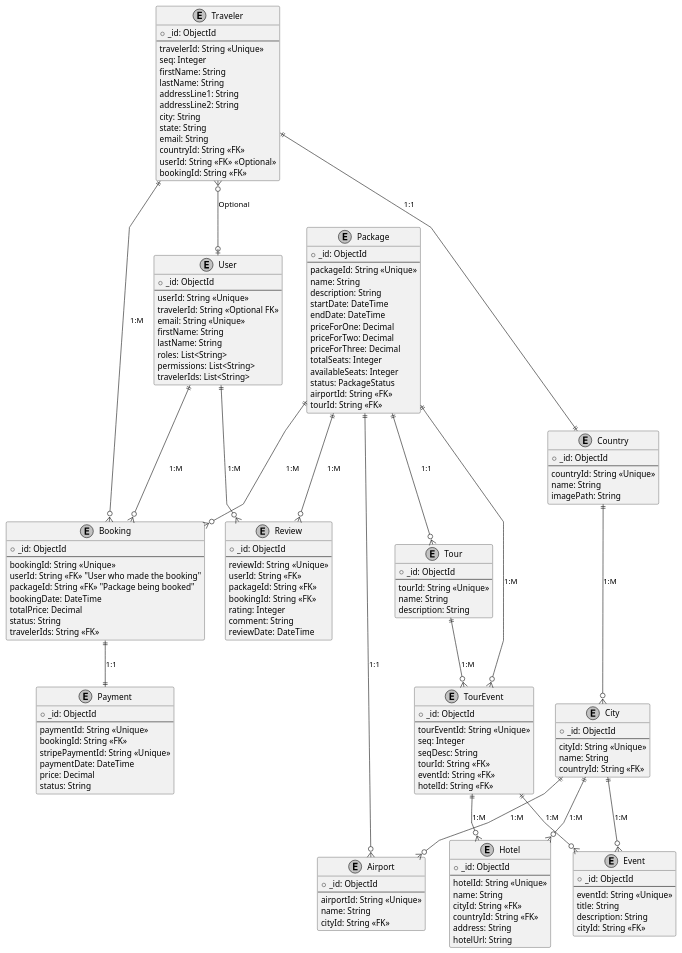
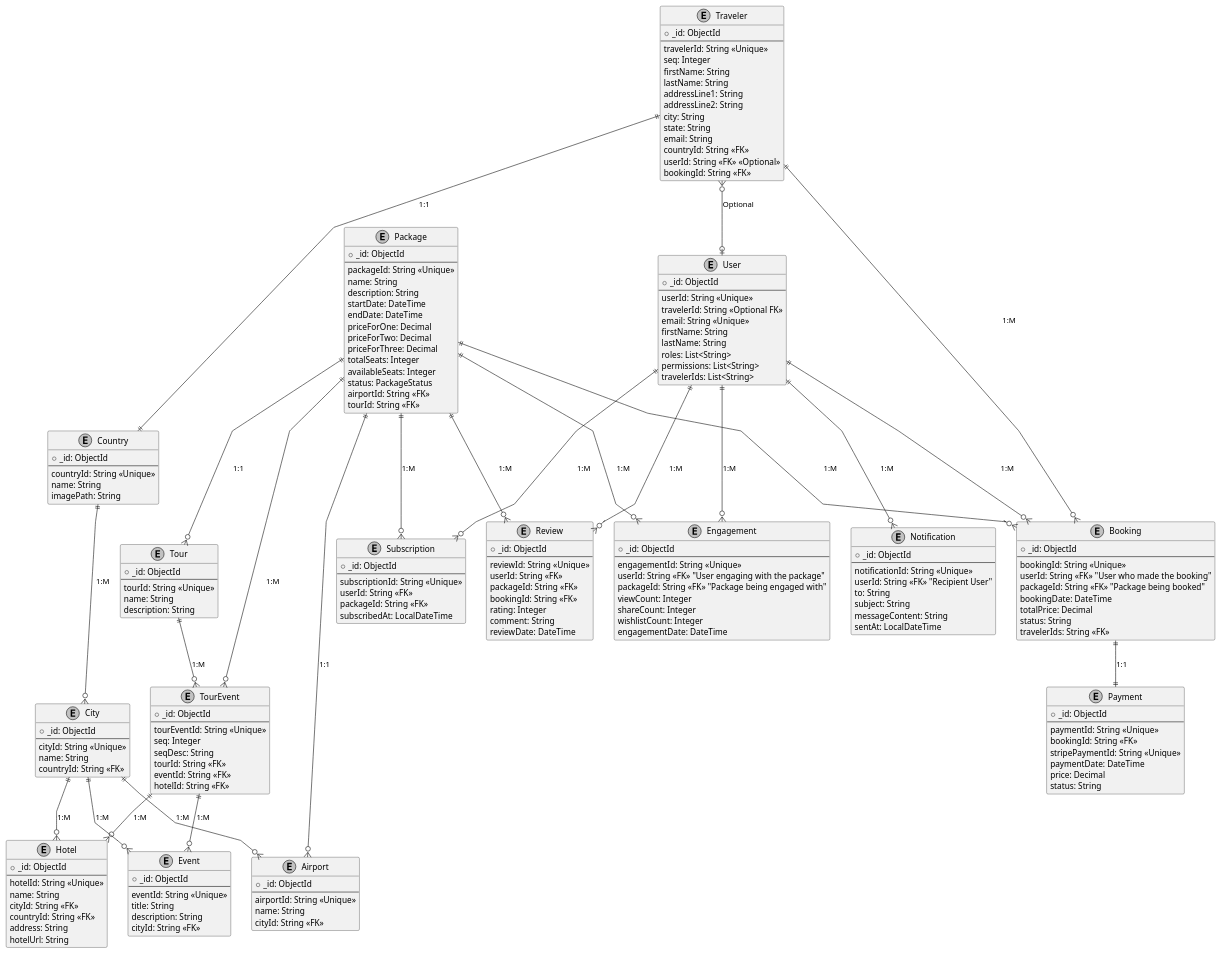
The diagram in diagrams/C4_l3/C4_l3_database.puml (Hares-2088/TravelTrove), drawn with PlantUML before and after one commit. The commit also changed 1 other file, not shown here.

Commit message:
updated some diagrams

```diff
--- a/diagrams/C4_l3/C4_l3_database.puml
+++ b/diagrams/C4_l3/C4_l3_database.puml
@@ -11,14 +11,26 @@
 entity "User" as User {
     + _id: ObjectId
     --
-      userId: String <<Unique>>
-      travelerId: String <<Optional FK>>
-      email: String <<Unique>>
-      firstName: String
-      lastName: String
-      roles: List<String>
-      permissions: List<String>
-      travelerIds: List<String>
+    userId: String <<Unique>>
+    travelerId: String <<Optional FK>>
+    email: String <<Unique>>
+    firstName: String
+    lastName: String
+    roles: List<String>
+    permissions: List<String>
+    travelerIds: List<String>
+}
+
+entity "Engagement" as Engagement {
+    + _id: ObjectId
+    --
+    engagementId: String <<Unique>>
+    userId: String <<FK>> "User engaging with the package"
+    packageId: String <<FK>> "Package being engaged with"
+    viewCount: Integer
+    shareCount: Integer
+    wishlistCount: Integer
+    engagementDate: DateTime
 }
 
 entity "Traveler" as Traveler {
@@ -154,23 +166,56 @@
     hotelId: String <<FK>>
 }
 
+' Newly Added Entities
+entity "Notification" as Notification {
+    + _id: ObjectId
+    --
+    notificationId: String <<Unique>>
+    userId: String <<FK>> "Recipient User"
+    to: String
+    subject: String
+    messageContent: String
+    sentAt: LocalDateTime
+}
+
+entity "Subscription" as Subscription {
+    + _id: ObjectId
+    --
+    subscriptionId: String <<Unique>>
+    userId: String <<FK>>
+    packageId: String <<FK>>
+    subscribedAt: LocalDateTime
+}
+
 ' Relationships
 User ||--o{ Booking : "1:M"
 User ||--o{ Review : "1:M"
+User ||--o{ Engagement : "1:M"
+User ||--o{ Notification : "1:M"
+User ||--o{ Subscription : "1:M"
+
 Package ||--o{ Booking : "1:M"
 Package ||--o{ Review : "1:M"
+Package ||--o{ Engagement : "1:M"
 Package ||--o{ Tour : "1:1"
+Package ||--o{ Subscription : "1:M"
+
 Booking ||--|| Payment : "1:1"
+
 City ||--o{ Hotel : "1:M"
 City ||--o{ Airport : "1:M"
 Country ||--o{ City : "1:M"
 City ||--o{ Event : "1:M"
+
 Package ||--o{ Airport : "1:1"
 Package ||--o{ TourEvent : "1:M"
+
 TourEvent ||--o{ Event : "1:M"
 TourEvent ||--o{ Hotel : "1:M"
+
 Traveler ||--|| Country : "1:1"
 Traveler ||--o{ Booking : "1:M"
 Traveler }o--o| User : "Optional"
+
 "Tour" ||--o{ "TourEvent" : "1:M"
 @enduml
```
